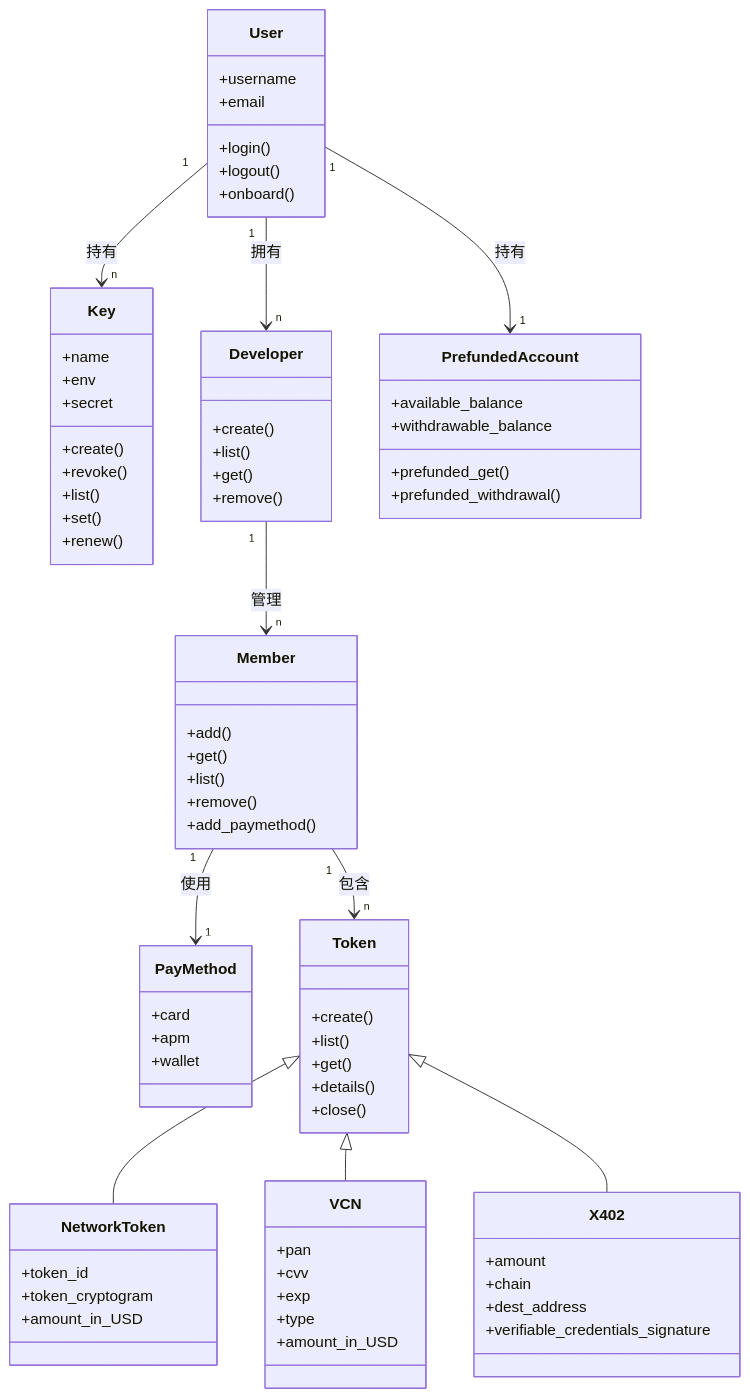
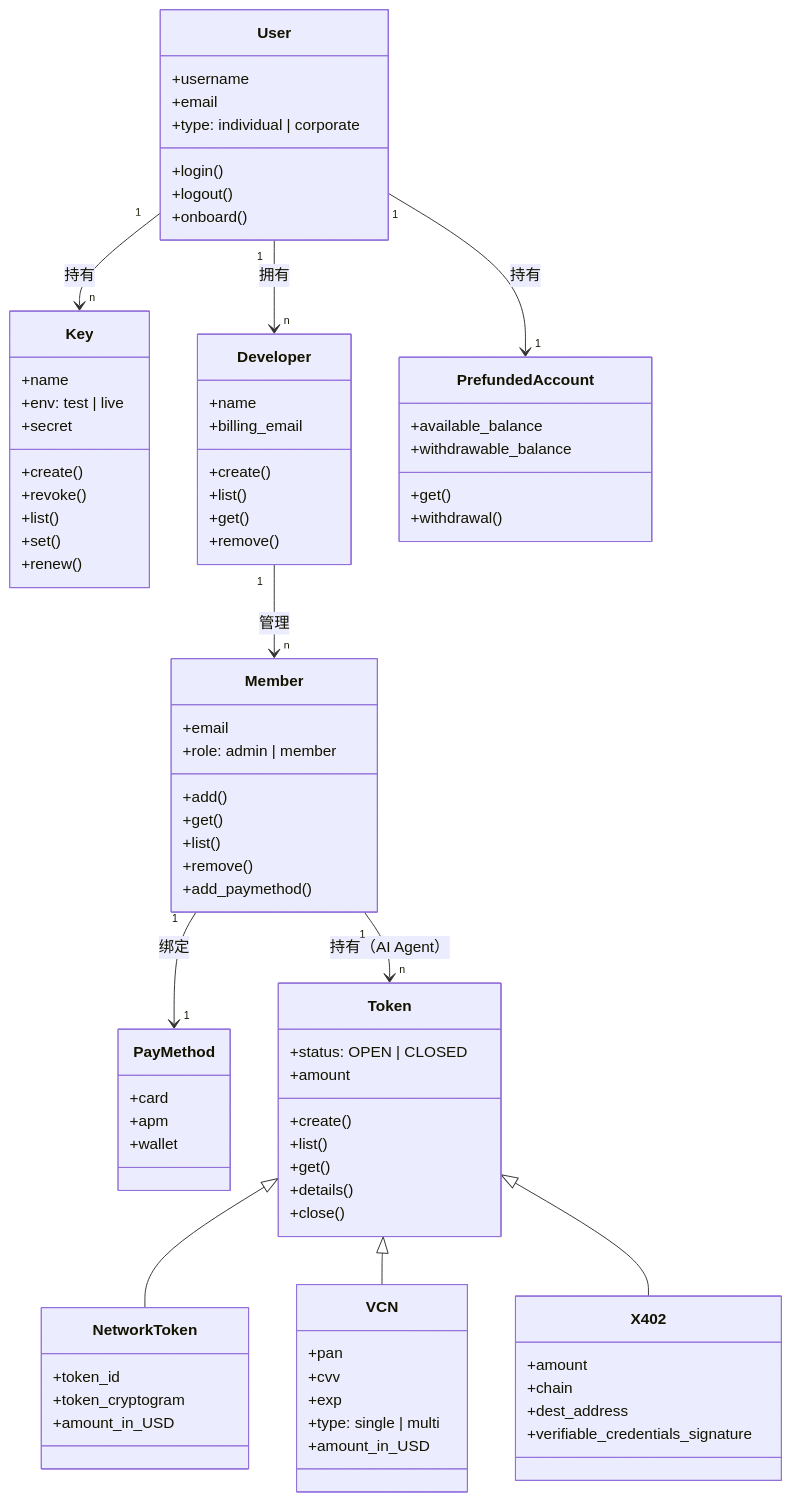
Before and after one commit to WalterHandsome/tech-learning-and-projects: the diagram in learning-notes/ai-agent/20-Agent支付/07-AgentToken-CLI设计规范与数据模型.md, drawn with Mermaid. The commit also changed other lines of this file, not shown here.

Commit message:
docs: rewrite AgentToken CLI spec with detailed data model, token types and bottom-layer API analysis

```diff
--- a/learning-notes/ai-agent/20-Agent支付/07-AgentToken-CLI设计规范与数据模型.md
+++ b/learning-notes/ai-agent/20-Agent支付/07-AgentToken-CLI设计规范与数据模型.md
@@ -17,6 +784,7 @@
     class User {
         +username
         +email
+        +type: individual | corporate
         +login()
         +logout()
         +onboard()
@@ -24,7 +792,7 @@
 
     class Key {
         +name
-        +env
+        +env: test | live
         +secret
         +create()
         +revoke()
@@ -34,6 +802,8 @@
     }
 
     class Developer {
+        +name
+        +billing_email
         +create()
         +list()
         +get()
@@ -41,6 +811,8 @@
     }
 
     class Member {
+        +email
+        +role: admin | member
         +add()
         +get()
         +list()
@@ -51,8 +823,8 @@
     class PrefundedAccount {
         +available_balance
         +withdrawable_balance
-        +prefunded_get()
-        +prefunded_withdrawal()
+        +get()
+        +withdrawal()
     }
 
     class PayMethod {
@@ -62,6 +834,8 @@
     }
 
     class Token {
+        +status: OPEN | CLOSED
+        +amount
         +create()
         +list()
         +get()
@@ -79,7 +853,7 @@
         +pan
         +cvv
         +exp
-        +type
+        +type: single | multi
         +amount_in_USD
     }
 
@@ -94,8 +868,8 @@
     User "1" --> "n" Developer : 拥有
     Developer "1" --> "n" Member : 管理
     User "1" --> "1" PrefundedAccount : 持有
-    Member "1" --> "1" PayMethod : 使用
-    Member "1" --> "n" Token : 包含
+    Member "1" --> "1" PayMethod : 绑定
+    Member "1" --> "n" Token : 持有（AI Agent）
 
     Token <|-- NetworkToken
     Token <|-- VCN
```
